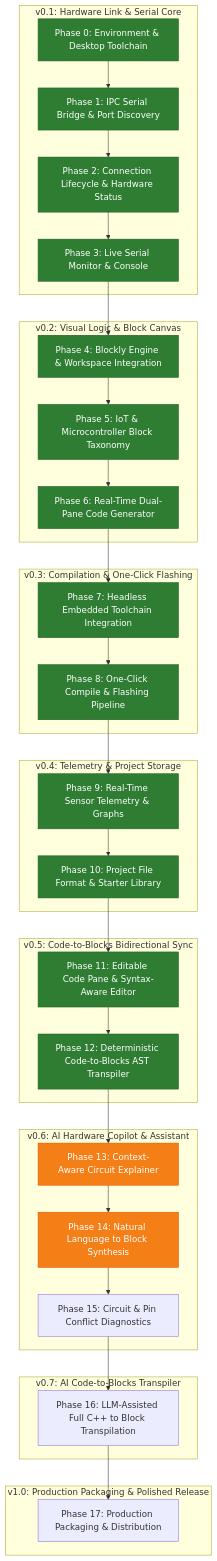
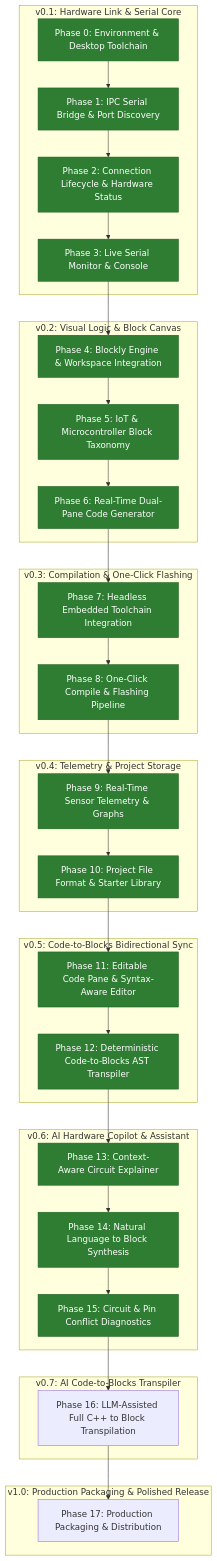
The diagram in ROADMAP.md (dharshbdp/CircuitForge), drawn with Mermaid before and after one commit. The commit also changed 2 other files, not shown here.

Commit message:
docs: mark Milestone v0.6 (AI Hardware Copilot & Assistant) as completed

````diff
--- a/ROADMAP.md
+++ b/ROADMAP.md
@@ -38,59 +38,60 @@
 ```mermaid
 graph TD
     subgraph Milestone_0_1 [v0.1: Hardware Link & Serial Core]
         P0[Phase 0: Environment & Desktop Toolchain] --> P1[Phase 1: IPC Serial Bridge & Port Discovery]
         P1 --> P2[Phase 2: Connection Lifecycle & Hardware Status]
         P2 --> P3[Phase 3: Live Serial Monitor & Console]
     end
 
     subgraph Milestone_0_2 [v0.2: Visual Logic & Block Canvas]
         P3 --> P4[Phase 4: Blockly Engine & Workspace Integration]
         P4 --> P5[Phase 5: IoT & Microcontroller Block Taxonomy]
         P5 --> P6[Phase 6: Real-Time Dual-Pane Code Generator]
     end
 
     subgraph Milestone_0_3 [v0.3: Compilation & One-Click Flashing]
         P6 --> P7[Phase 7: Headless Embedded Toolchain Integration]
         P7 --> P8[Phase 8: One-Click Compile & Flashing Pipeline]
     end
 
     subgraph Milestone_0_4 [v0.4: Telemetry & Project Storage]
         P8 --> P9[Phase 9: Real-Time Sensor Telemetry & Graphs]
         P9 --> P10[Phase 10: Project File Format & Starter Library]
     end
 
     subgraph Milestone_0_5 [v0.5: Code-to-Blocks Bidirectional Sync]
         P10 --> P11[Phase 11: Editable Code Pane & Syntax-Aware Editor]
         P11 --> P12[Phase 12: Deterministic Code-to-Blocks AST Transpiler]
     end
 
     subgraph Milestone_0_6 [v0.6: AI Hardware Copilot & Assistant]
         P12 --> P13[Phase 13: Context-Aware Circuit Explainer]
         P13 --> P14[Phase 14: Natural Language to Block Synthesis]
         P14 --> P15[Phase 15: Circuit & Pin Conflict Diagnostics]
     end
 
     subgraph Milestone_0_7 [v0.7: AI Code-to-Blocks Transpiler]
         P15 --> P16[Phase 16: LLM-Assisted Full C++ to Block Transpilation]
     end
 
     subgraph Milestone_1_0 [v1.0: Production Packaging & Polished Release]
         P16 --> P17[Phase 17: Production Packaging & Distribution]
     end
 
     style P0 fill:#2e7d32,stroke:#1b5e20,color:#fff
     style P1 fill:#2e7d32,stroke:#1b5e20,color:#fff
     style P2 fill:#2e7d32,stroke:#1b5e20,color:#fff
     style P3 fill:#2e7d32,stroke:#1b5e20,color:#fff
     style P4 fill:#2e7d32,stroke:#1b5e20,color:#fff
     style P5 fill:#2e7d32,stroke:#1b5e20,color:#fff
     style P6 fill:#2e7d32,stroke:#1b5e20,color:#fff
     style P7 fill:#2e7d32,stroke:#1b5e20,color:#fff
     style P8 fill:#2e7d32,stroke:#1b5e20,color:#fff
     style P9 fill:#2e7d32,stroke:#1b5e20,color:#fff
     style P10 fill:#2e7d32,stroke:#1b5e20,color:#fff
     style P11 fill:#2e7d32,stroke:#1b5e20,color:#fff
     style P12 fill:#2e7d32,stroke:#1b5e20,color:#fff
-    style P13 fill:#f57f17,stroke:#e65100,color:#fff
-    style P14 fill:#f57f17,stroke:#e65100,color:#fff
+    style P13 fill:#2e7d32,stroke:#1b5e20,color:#fff
+    style P14 fill:#2e7d32,stroke:#1b5e20,color:#fff
+    style P15 fill:#2e7d32,stroke:#1b5e20,color:#fff
 ```
````
